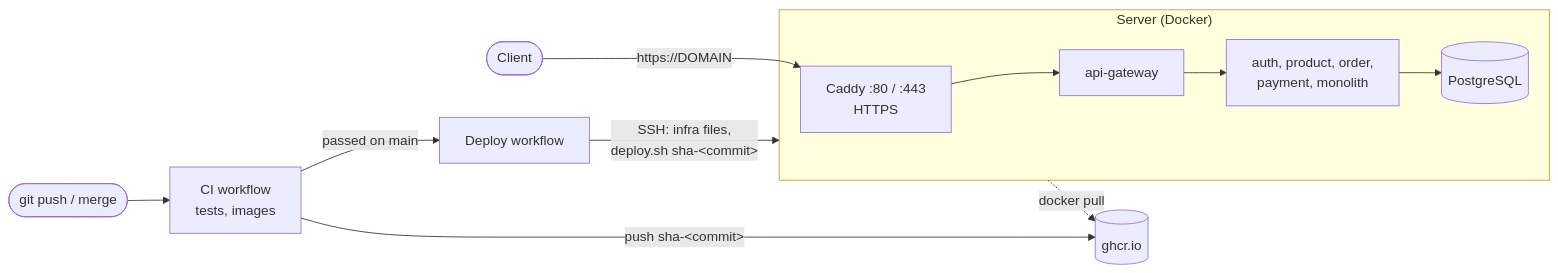
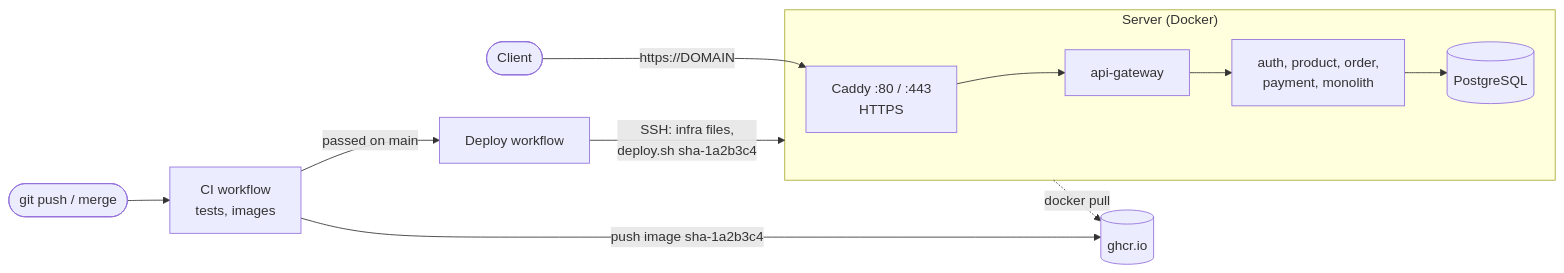
One commit to monssefbaakka/ecommerce-microservices changed the diagram in docs/deployment.md. Above: the diagram before and after it, drawn with Mermaid.

Commit message:
docs: deployment diagram without HTML entities, which Mermaid shows as typed

````diff
--- a/docs/deployment.md
+++ b/docs/deployment.md
@@ -7,14 +7,14 @@
 ```mermaid
 flowchart LR
     dev([git push / merge]) --> ci["CI workflow<br/>tests, images"]
-    ci -- "push sha-&lt;commit&gt;" --> ghcr[(ghcr.io)]
+    ci -- "push image sha-1a2b3c4" --> ghcr[(ghcr.io)]
     ci -- "passed on main" --> deploy["Deploy workflow"]
-    deploy -- "SSH: infra files,<br/>deploy.sh sha-&lt;commit&gt;" --> server
+    deploy -- "SSH: infra files,<br/>deploy.sh sha-1a2b3c4" --> server
     subgraph server["Server (Docker)"]
         caddy["Caddy :80 / :443<br/>HTTPS"] --> gateway["api-gateway"]
         gateway --> services["auth, product, order,<br/>payment, monolith"]
         services --> postgres[(PostgreSQL)]
     end
     server -. "docker pull" .-> ghcr
     user([Client]) -- "https://DOMAIN" --> caddy
 ```
````
